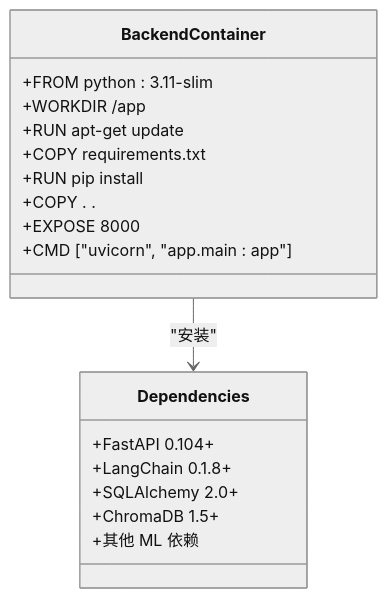
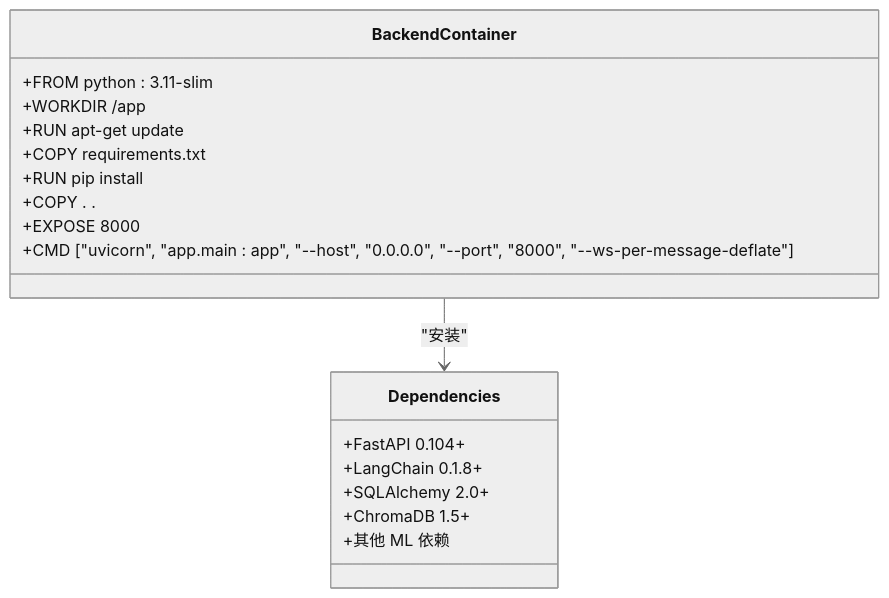
Before and after one commit to laohanhahaha/PaperChat: the fifth of 10 diagrams in .qoder/repowiki/zh/content/容器化部署.md, drawn with Mermaid (neutral theme). The commit also changed other lines of this file and 59 other files, not shown here.

````diff
--- a/.qoder/repowiki/zh/content/容器化部署.md
+++ b/.qoder/repowiki/zh/content/容器化部署.md
@@ -202,21 +218,21 @@
 ```mermaid
 classDiagram
 class BackendContainer {
 +FROM python : 3.11-slim
 +WORKDIR /app
 +RUN apt-get update
 +COPY requirements.txt
 +RUN pip install
 +COPY . .
 +EXPOSE 8000
-+CMD ["uvicorn", "app.main : app"]
++CMD ["uvicorn", "app.main : app", "--host", "0.0.0.0", "--port", "8000", "--ws-per-message-deflate"]
 }
 class Dependencies {
 +FastAPI 0.104+
 +LangChain 0.1.8+
 +SQLAlchemy 2.0+
 +ChromaDB 1.5+
 +其他 ML 依赖
 }
 BackendContainer --> Dependencies : "安装"
 ```
````
